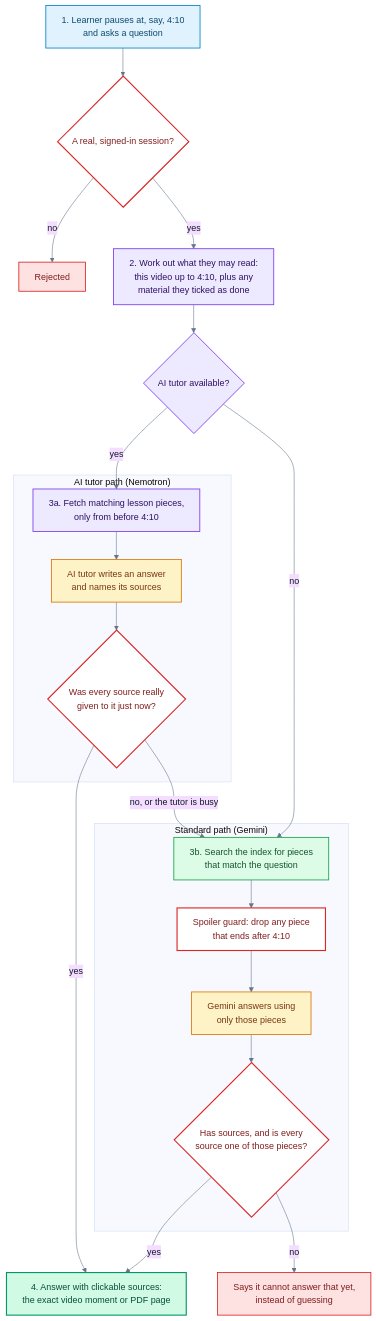
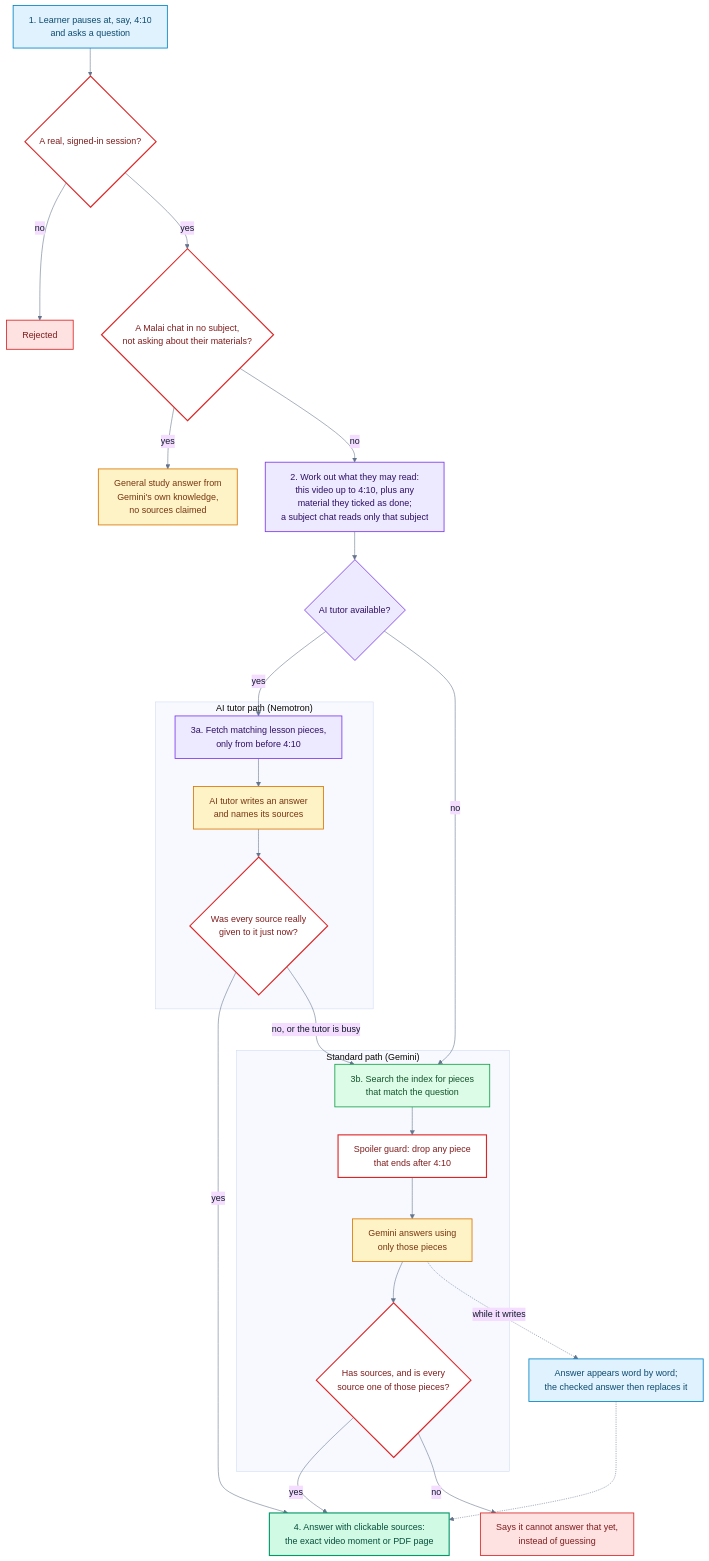
The diagram in submission/diagrams/src/3-question-flow.mmd (Nanu69-batman/ailearn), drawn with Mermaid before and after one commit. The commit also changed 8 other files, not shown here.

Commit message:
docs(submission): diagrams for chapters, general and streamed answers, quizzes from any chat, the two-window lesson page

```diff
--- a/submission/diagrams/src/3-question-flow.mmd
+++ b/submission/diagrams/src/3-question-flow.mmd
@@ -1,34 +1,38 @@
 %%{init: {"theme": "base", "fontFamily": "Arial, Helvetica, sans-serif", "themeVariables": {"fontSize": "16px", "fontFamily": "Arial, Helvetica, sans-serif", "lineColor": "#64748b", "primaryTextColor": "#0f172a"}, "flowchart": {"curve": "basis", "padding": 14, "wrappingWidth": 340}}}%%
 flowchart TD
   Q["1. Learner pauses at, say, 4:10<br/>and asks a question"]:::person --> AUTH{"A real, signed-in session?"}:::check
   AUTH -->|"no"| NO["Rejected"]:::stop
-  AUTH -->|"yes"| SC["2. Work out what they may read:<br/>this video up to 4:10, plus any<br/>material they ticked as done"]:::server
+  AUTH -->|"yes"| GEN{"A Malai chat in no subject,<br/>not asking about their materials?"}:::check
+  GEN -->|"yes"| GK["General study answer from<br/>Gemini's own knowledge,<br/>no sources claimed"]:::ai
+  GEN -->|"no"| SC["2. Work out what they may read:<br/>this video up to 4:10, plus any<br/>material they ticked as done;<br/>a subject chat reads only that subject"]:::server
   SC --> HAS{"AI tutor available?"}:::server
 
   subgraph AGENT["AI tutor path (Nemotron)"]
     PF["3a. Fetch matching lesson pieces,<br/>only from before 4:10"]:::server
     PF --> AG["AI tutor writes an answer<br/>and names its sources"]:::ai
     AG --> AV{"Was every source really<br/>given to it just now?"}:::check
   end
 
   subgraph CLASSIC["Standard path (Gemini)"]
     SR["3b. Search the index for pieces<br/>that match the question"]:::store
     SR --> GATE["Spoiler guard: drop any piece<br/>that ends after 4:10"]:::check
     GATE --> LLM["Gemini answers using<br/>only those pieces"]:::ai
     LLM --> CIT{"Has sources, and is every<br/>source one of those pieces?"}:::check
   end
 
   HAS -->|"yes"| PF
   HAS -->|"no"| SR
   AV -->|"yes"| OK["4. Answer with clickable sources:<br/>the exact video moment or PDF page"]:::good
   AV -->|"no, or the tutor is busy"| SR
   CIT -->|"yes"| OK
   CIT -->|"no"| RF["Says it cannot answer that yet,<br/>instead of guessing"]:::stop
+  LLM -.->|"while it writes"| LIVE["Answer appears word by word;<br/>the checked answer then replaces it"]:::person
+  LIVE -.-> OK
 
   classDef person fill:#e0f2fe,stroke:#0284c7,color:#0c4a6e,stroke-width:1.5px
   classDef server fill:#ede9fe,stroke:#7c3aed,color:#2e1065,stroke-width:1.5px
   classDef ai fill:#fef3c7,stroke:#d97706,color:#78350f,stroke-width:1.5px
   classDef store fill:#dcfce7,stroke:#16a34a,color:#14532d,stroke-width:1.5px
   classDef check fill:#ffffff,stroke:#dc2626,color:#7f1d1d,stroke-width:2px
   classDef good fill:#d1fae5,stroke:#059669,color:#064e3b,stroke-width:2px
   classDef stop fill:#fee2e2,stroke:#dc2626,color:#7f1d1d,stroke-width:1.5px
```
